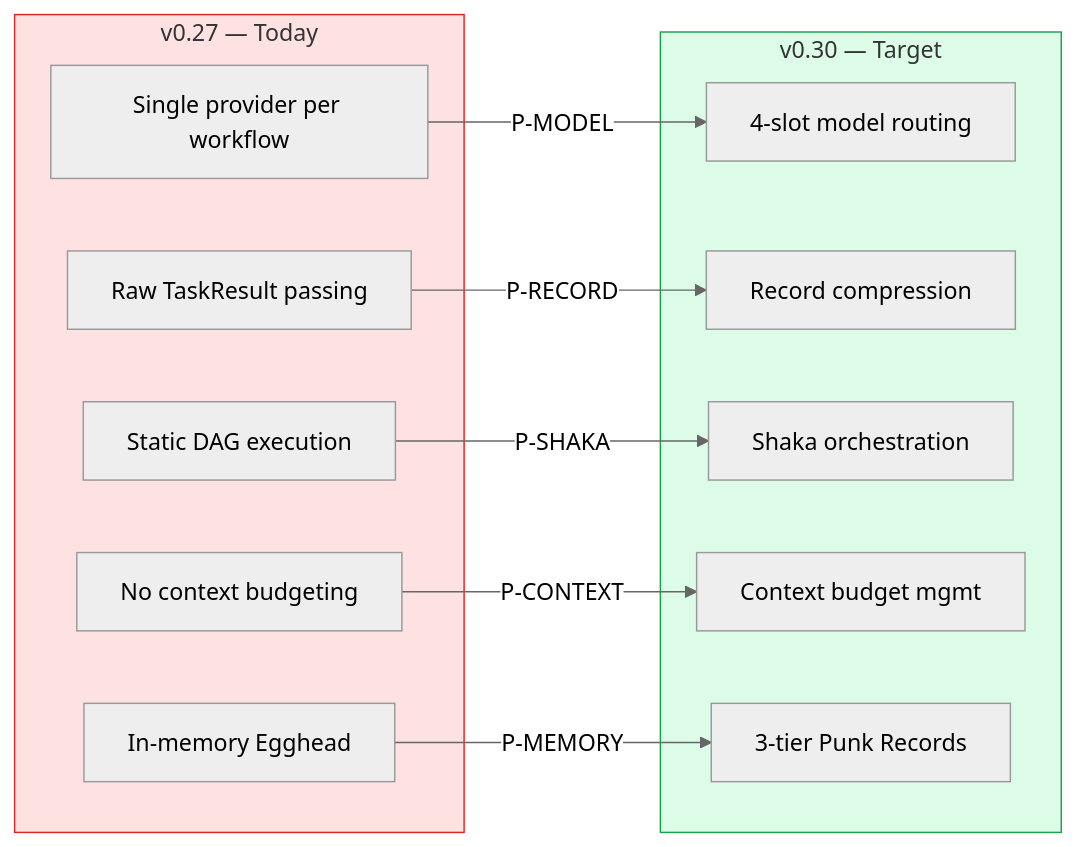
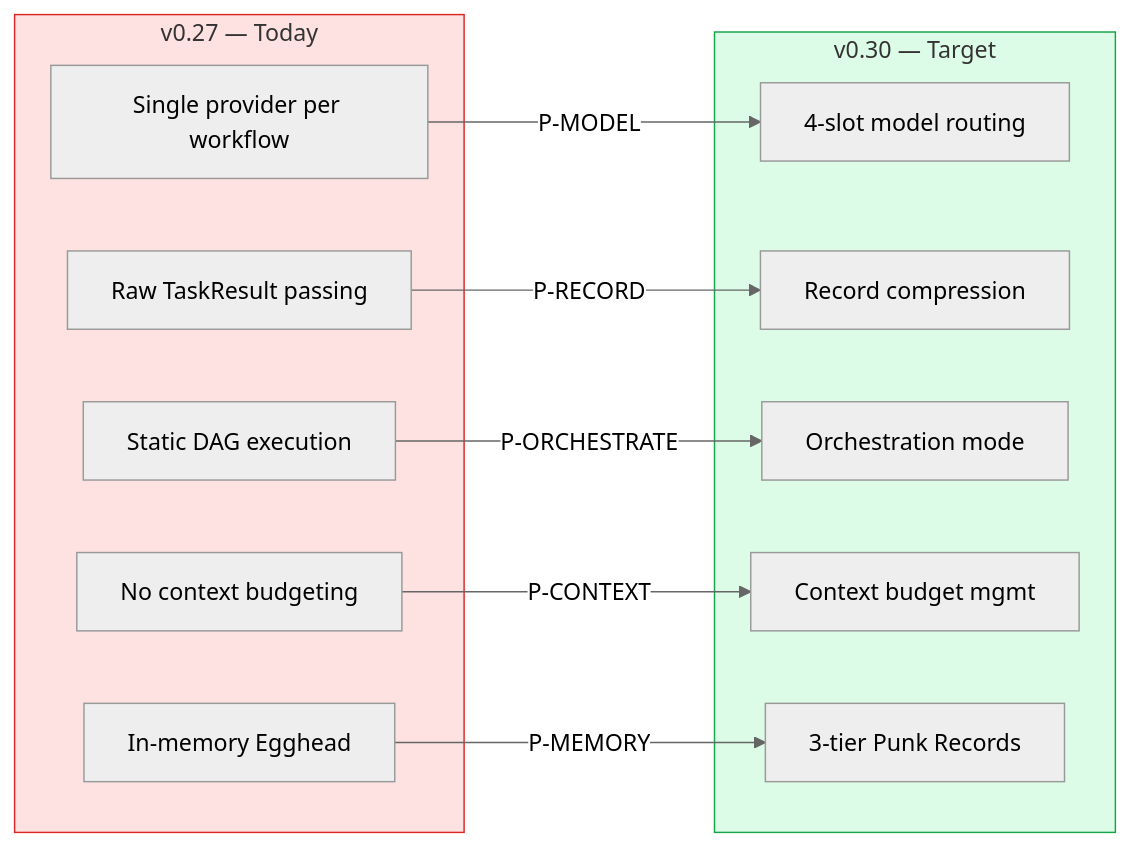
Before and after one commit to supernovae-st/nika: the first of 8 diagrams in docs/vision/05-evolution-roadmap.md, drawn with Mermaid (neutral theme). The commit also changed other lines of this file and 72 other files, not shown here.

````diff
--- a/docs/vision/05-evolution-roadmap.md
+++ b/docs/vision/05-evolution-roadmap.md
@@ -12,27 +12,27 @@
 ```mermaid
 flowchart LR
     subgraph TODAY["v0.27 — Today"]
         T1["Single provider per workflow"]
         T2["Raw TaskResult passing"]
         T3["Static DAG execution"]
         T4["No context budgeting"]
         T5["In-memory Egghead"]
     end
 
     subgraph TOMORROW["v0.30 — Target"]
         F1["4-slot model routing"]
         F2["Record compression"]
-        F3["Shaka orchestration"]
+        F3["Orchestration mode"]
         F4["Context budget mgmt"]
         F5["3-tier Punk Records"]
     end
 
     T1 -->|"P-MODEL"| F1
     T2 -->|"P-RECORD"| F2
-    T3 -->|"P-SHAKA"| F3
+    T3 -->|"P-ORCHESTRATE"| F3
     T4 -->|"P-CONTEXT"| F4
     T5 -->|"P-MEMORY"| F5
 
     style TODAY fill:#fee2e2,stroke:#dc2626
     style TOMORROW fill:#dcfce7,stroke:#16a34a
 ```
````
